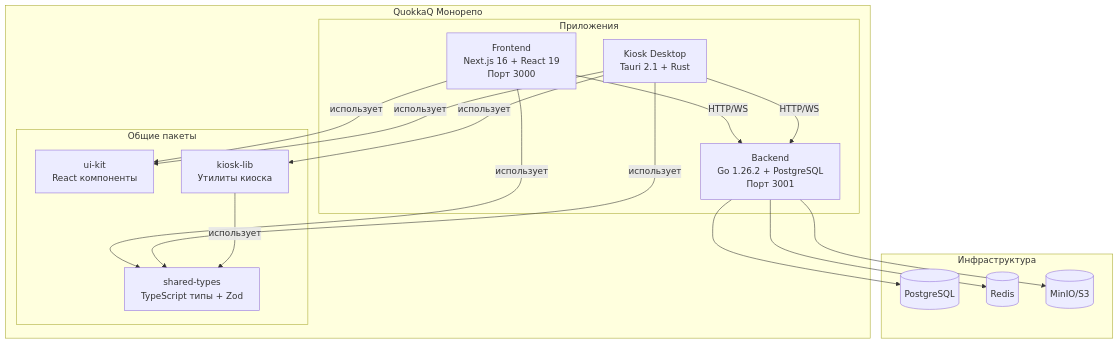
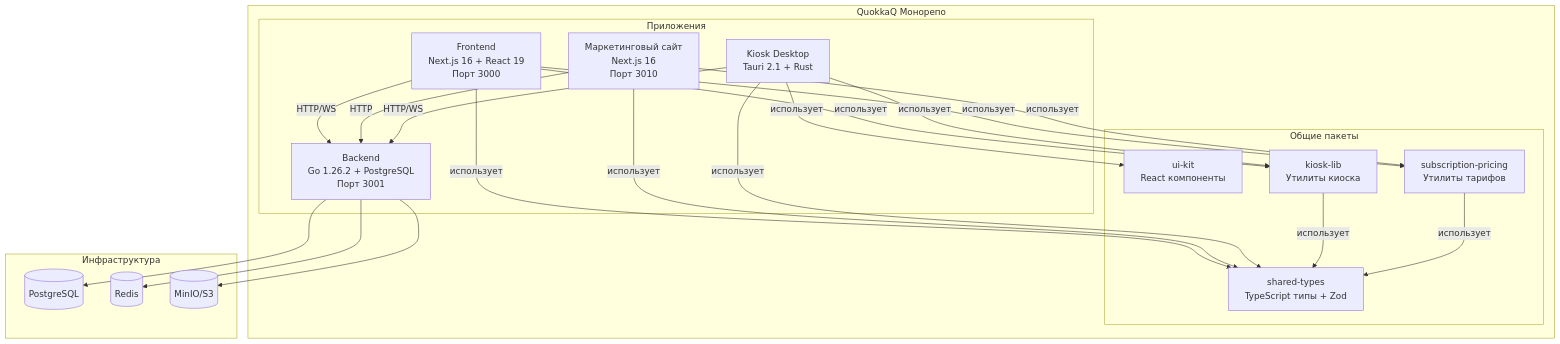
The diagram in README.ru.md (thevladbog/quokkaq), drawn with Mermaid before and after one commit. The commit also changed other lines of this file and 5 other files, not shown here.

````diff
--- a/README.ru.md
+++ b/README.ru.md
@@ -62,38 +79,46 @@
 ```mermaid
 graph TB
     subgraph monorepo [QuokkaQ Монорепо]
         subgraph apps [Приложения]
             frontend[Frontend<br/>Next.js 16 + React 19<br/>Порт 3000]
+            marketing[Маркетинговый сайт<br/>Next.js 16<br/>Порт 3010]
             backend[Backend<br/>Go 1.26.2 + PostgreSQL<br/>Порт 3001]
             kiosk[Kiosk Desktop<br/>Tauri 2.1 + Rust]
         end
-        
+
         subgraph packages [Общие пакеты]
             sharedTypes[shared-types<br/>TypeScript типы + Zod]
             uiKit[ui-kit<br/>React компоненты]
             kioskLib[kiosk-lib<br/>Утилиты киоска]
+            subscriptionPricing[subscription-pricing<br/>Утилиты тарифов]
         end
-        
+
         frontend -->|использует| sharedTypes
-        frontend -->|использует| uiKit
-        
+        frontend -->|использует| kioskLib
+        frontend -->|использует| subscriptionPricing
+
+        marketing -->|использует| sharedTypes
+        marketing -->|использует| subscriptionPricing
+
         kiosk -->|использует| sharedTypes
         kiosk -->|использует| uiKit
         kiosk -->|использует| kioskLib
-        
+
         kioskLib -->|использует| sharedTypes
-        
+        subscriptionPricing -->|использует| sharedTypes
+
         frontend -->|HTTP/WS| backend
+        marketing -->|HTTP| backend
         kiosk -->|HTTP/WS| backend
     end
-    
+
     subgraph infrastructure [Инфраструктура]
         postgres[(PostgreSQL)]
         redis[(Redis)]
         minio[(MinIO/S3)]
     end
-    
+
     backend --> postgres
     backend --> redis
     backend --> minio
 ```
````
